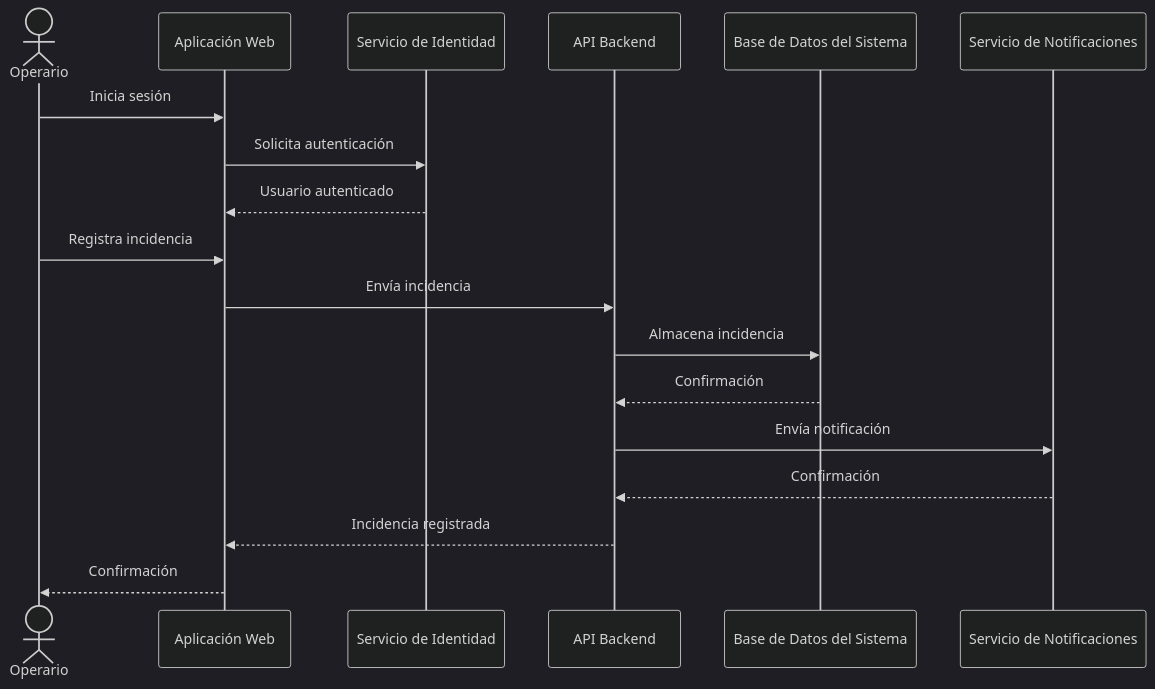
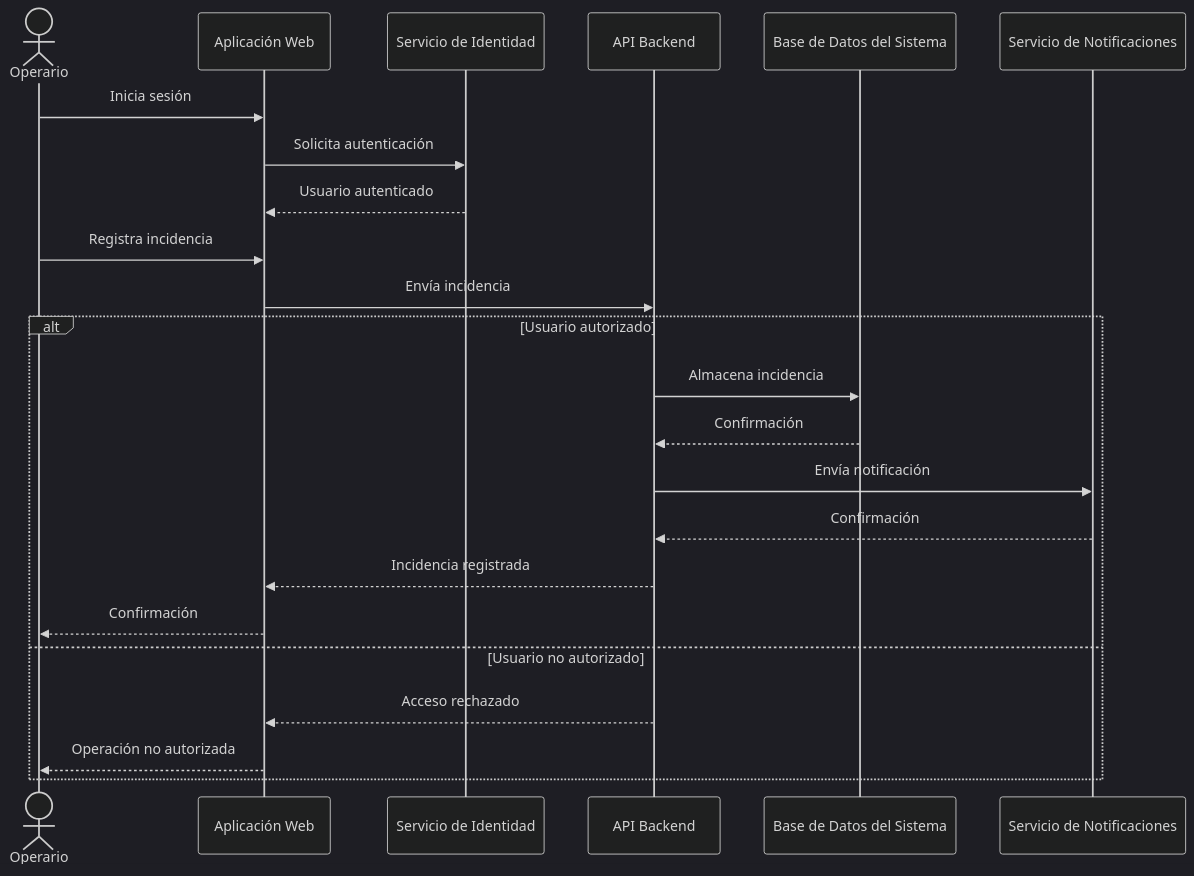
The diagram in diagramas/secuencia-incidencia.mmd (gmorerat-gif/pswe04-Gesti-n-Operativa-y-Anal-tica-para-la-Recolecci-n-de-Residuos-Urbanos-II-Cuatrimestre), drawn with Mermaid (dark theme) before and after one commit. The commit also changed 6 other files, not shown here.

```diff
--- a/diagramas/secuencia-incidencia.mmd
+++ b/diagramas/secuencia-incidencia.mmd
@@ -1,31 +1,33 @@
 sequenceDiagram
 
 actor Operario
 
 participant Web as Aplicación Web
 participant Auth as Servicio de Identidad
 participant API as API Backend
 participant BD as Base de Datos del Sistema
 participant Notify as Servicio de Notificaciones
 
 Operario->>Web: Inicia sesión
 
 Web->>Auth: Solicita autenticación
 
 Auth-->>Web: Usuario autenticado
 
 Operario->>Web: Registra incidencia
 
 Web->>API: Envía incidencia
 
-API->>BD: Almacena incidencia
+alt Usuario autorizado
+    API->>BD: Almacena incidencia
+    BD-->>API: Confirmación
 
-BD-->>API: Confirmación
+    API->>Notify: Envía notificación
+    Notify-->>API: Confirmación
 
-API->>Notify: Envía notificación
-
-Notify-->>API: Confirmación
-
-API-->>Web: Incidencia registrada
-
-Web-->>Operario: Confirmación
+    API-->>Web: Incidencia registrada
+    Web-->>Operario: Confirmación
+else Usuario no autorizado
+    API-->>Web: Acceso rechazado
+    Web-->>Operario: Operación no autorizada
+end
```
